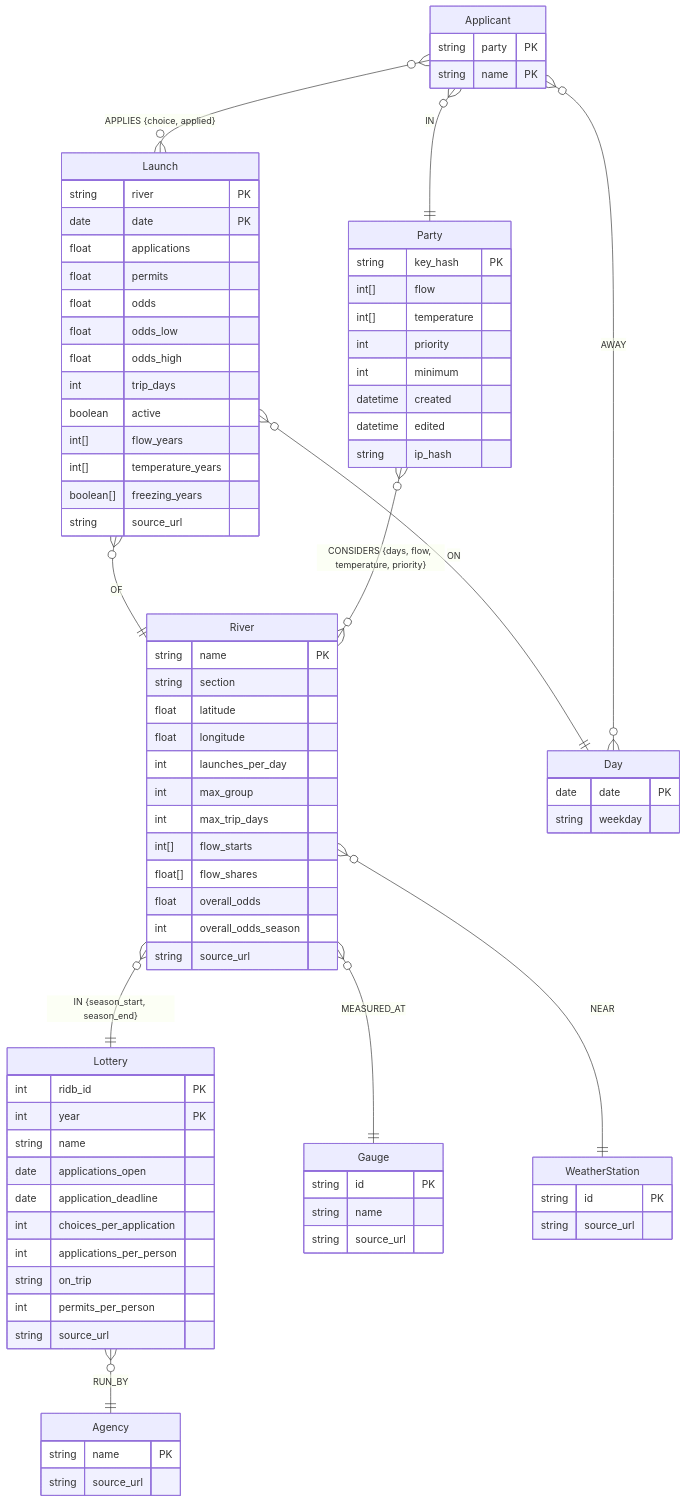
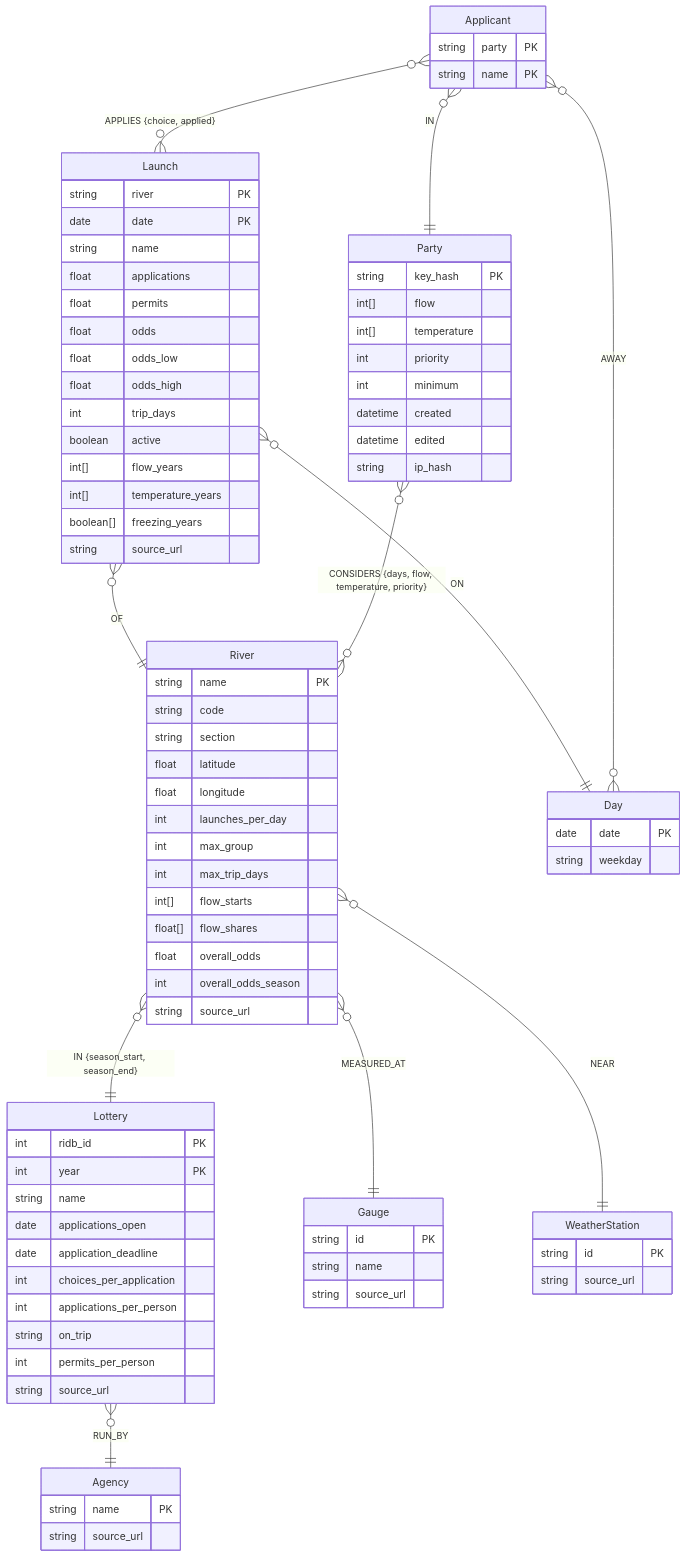
Before and after one commit to gen-omix/max-float: the diagram in src/max_float/graph/README.md, drawn with Mermaid. The commit also changed other lines of this file and 8 other files, not shown here.

```diff
--- a/src/max_float/graph/README.md
+++ b/src/max_float/graph/README.md
@@ -30,6 +30,7 @@
   }
   River {
     string name PK
+    string code
     string section
     float latitude
     float longitude
@@ -62,6 +63,7 @@
   Launch {
     string river PK
     date date PK
+    string name
     float applications
     float permits
     float odds
```
